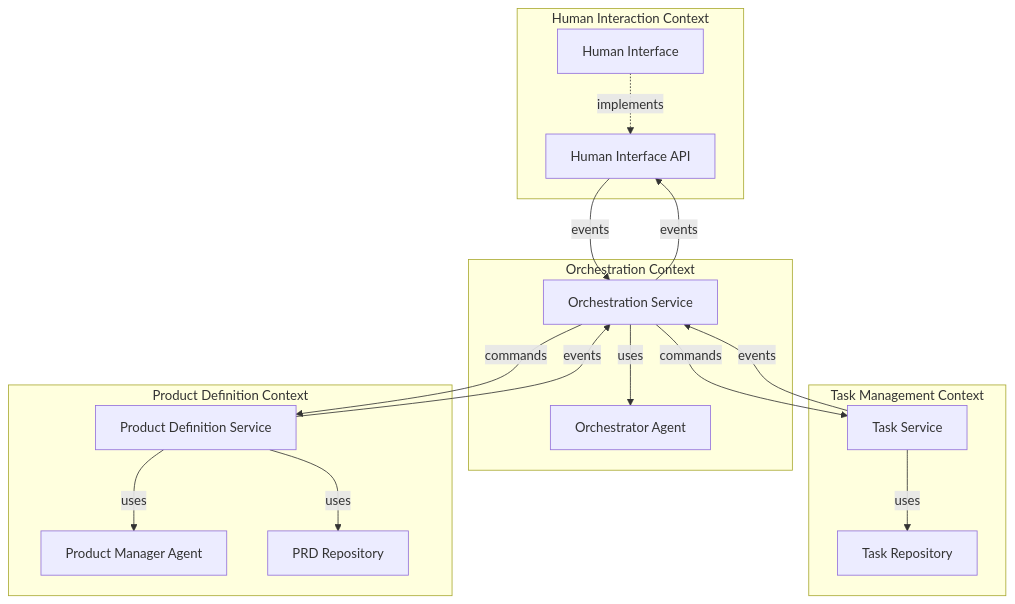
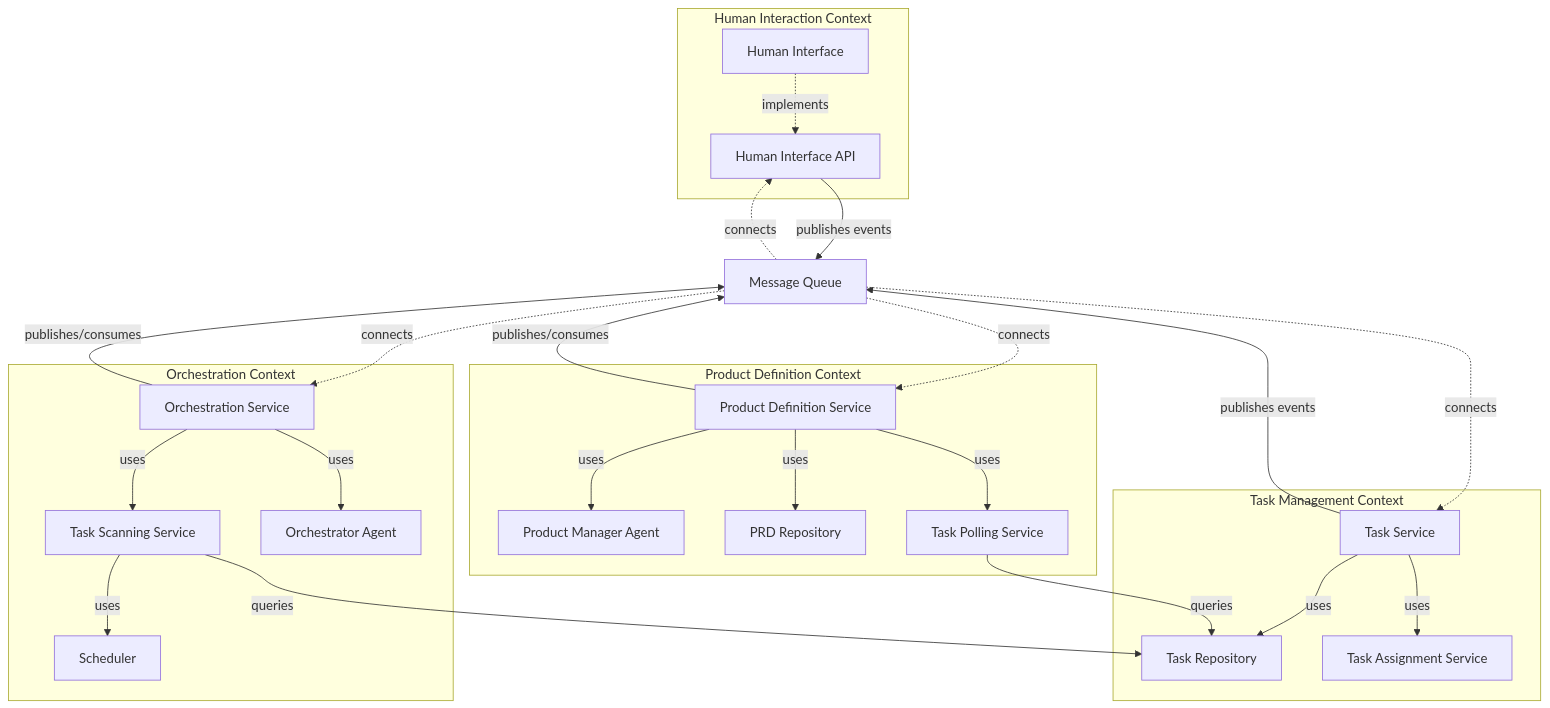
The second of 4 diagrams in docs/roadmap/phase1_technical_spec.md (kgatilin/aihive), drawn with Mermaid before and after one commit. The commit also changed other lines of this file and 1 other file, not shown here.

Commit message:
Update Phase 1 documentation to implement asynchronous workflow with task scanning and polling

````diff
--- a/docs/roadmap/phase1_technical_spec.md
+++ b/docs/roadmap/phase1_technical_spec.md
@@ -146,35 +222,49 @@
 ```mermaid
 graph TD
     subgraph "Human Interaction Context"
         HI[Human Interface]
         HIA[Human Interface API]
         HI -.->|implements| HIA
     end
     
     subgraph "Orchestration Context"
         ORC[Orchestration Service]
+        TSV[Task Scanning Service]
+        SCH[Scheduler]
         OA[Orchestrator Agent]
         ORC -->|uses| OA
+        ORC -->|uses| TSV
+        TSV -->|uses| SCH
     end
     
     subgraph "Task Management Context"
         TS[Task Service]
         TSR[Task Repository]
+        TAS[Task Assignment Service]
         TS -->|uses| TSR
+        TS -->|uses| TAS
     end
     
     subgraph "Product Definition Context"
         PS[Product Definition Service]
         PMA[Product Manager Agent]
         PSR[PRD Repository]
+        TPS[Task Polling Service]
         PS -->|uses| PMA
         PS -->|uses| PSR
+        PS -->|uses| TPS
     end
     
-    HIA -->|events| ORC
-    ORC -->|commands| TS
-    ORC -->|commands| PS
-    TS -->|events| ORC
-    PS -->|events| ORC
-    ORC -->|events| HIA
+    MQ[Message Queue] -.->|connects| HIA
+    MQ -.->|connects| ORC
+    MQ -.->|connects| TS
+    MQ -.->|connects| PS
+    
+    HIA -->|publishes events| MQ
+    ORC -->|publishes/consumes| MQ
+    TS -->|publishes events| MQ
+    PS -->|publishes/consumes| MQ
+    
+    TSV -->|queries| TSR
+    TPS -->|queries| TSR
 ```
````
